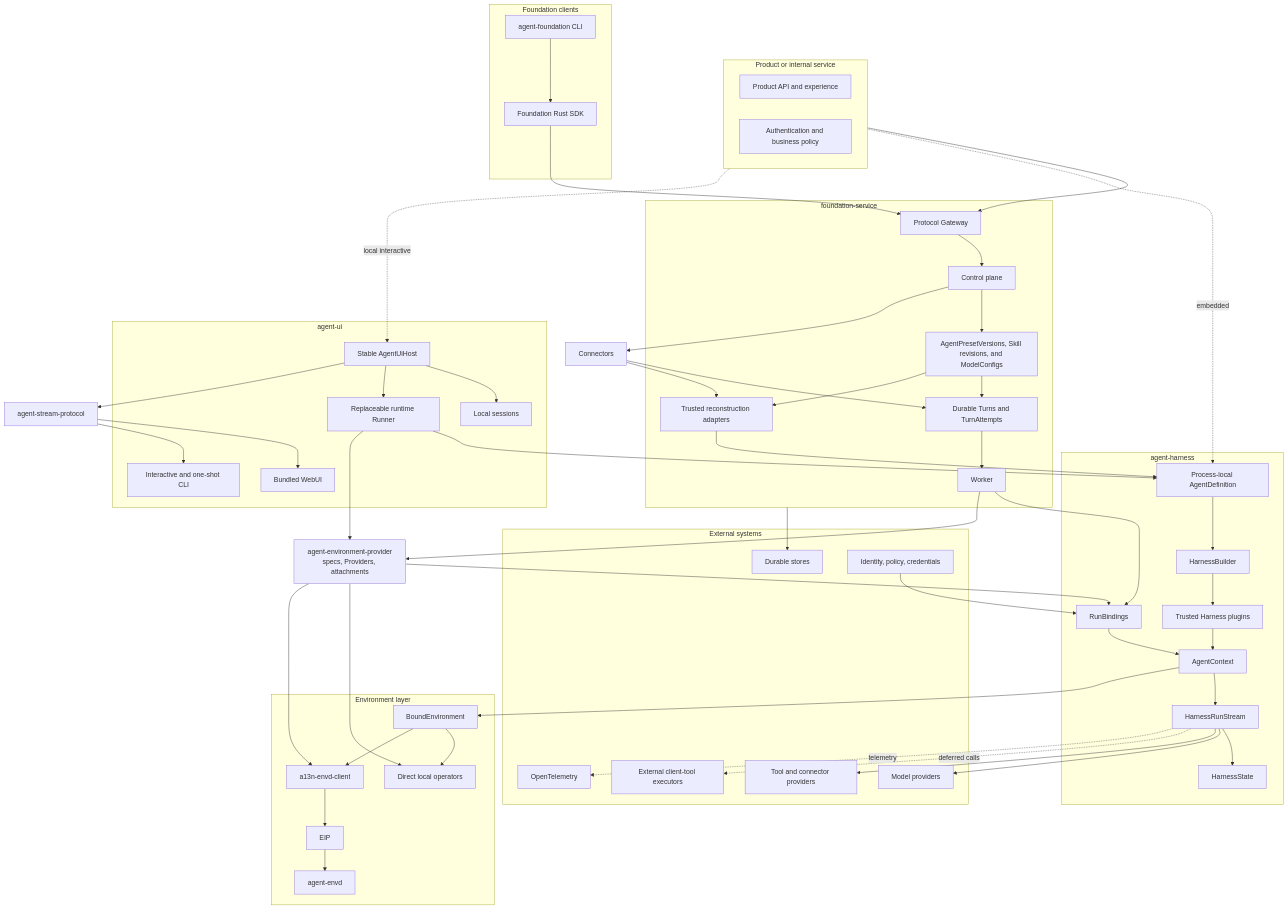
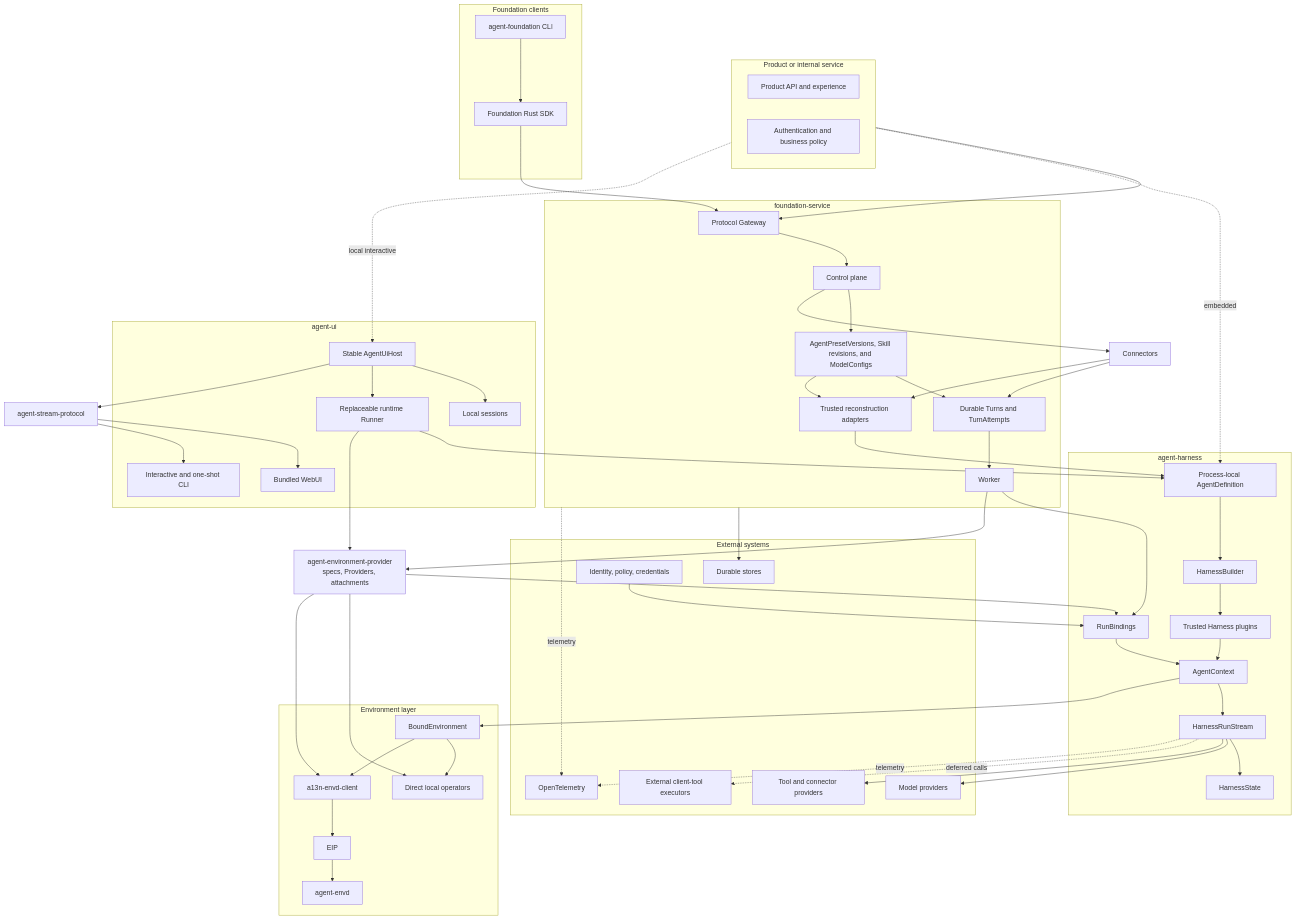
The first of 4 diagrams in spec/README.md (converge-ai-labs/agent-foundation), drawn with Mermaid before and after one commit. The commit also changed other lines of this file and 11 other files, not shown here.

````diff
--- a/spec/README.md
+++ b/spec/README.md
@@ -102,5 +102,6 @@
     Bound --> Local
     Bound --> EIPClient --> EIP --> Envd
     Service --> Stores
+    Service -. telemetry .-> OTel
     Run -. telemetry .-> OTel
 ```
````
